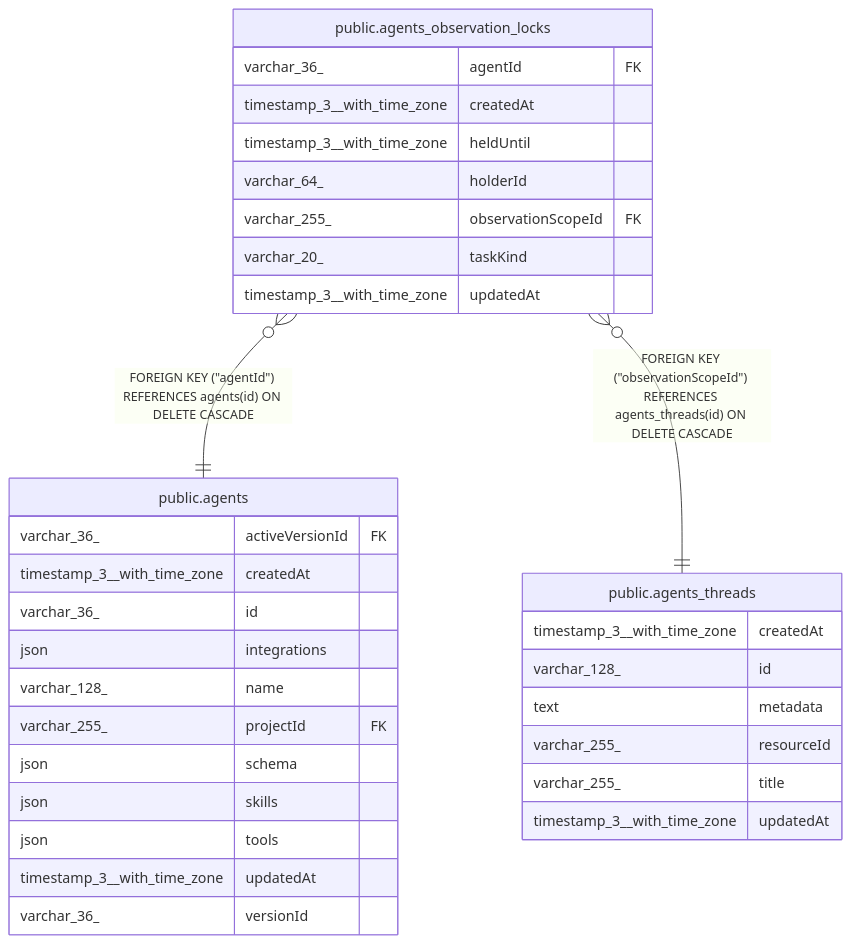
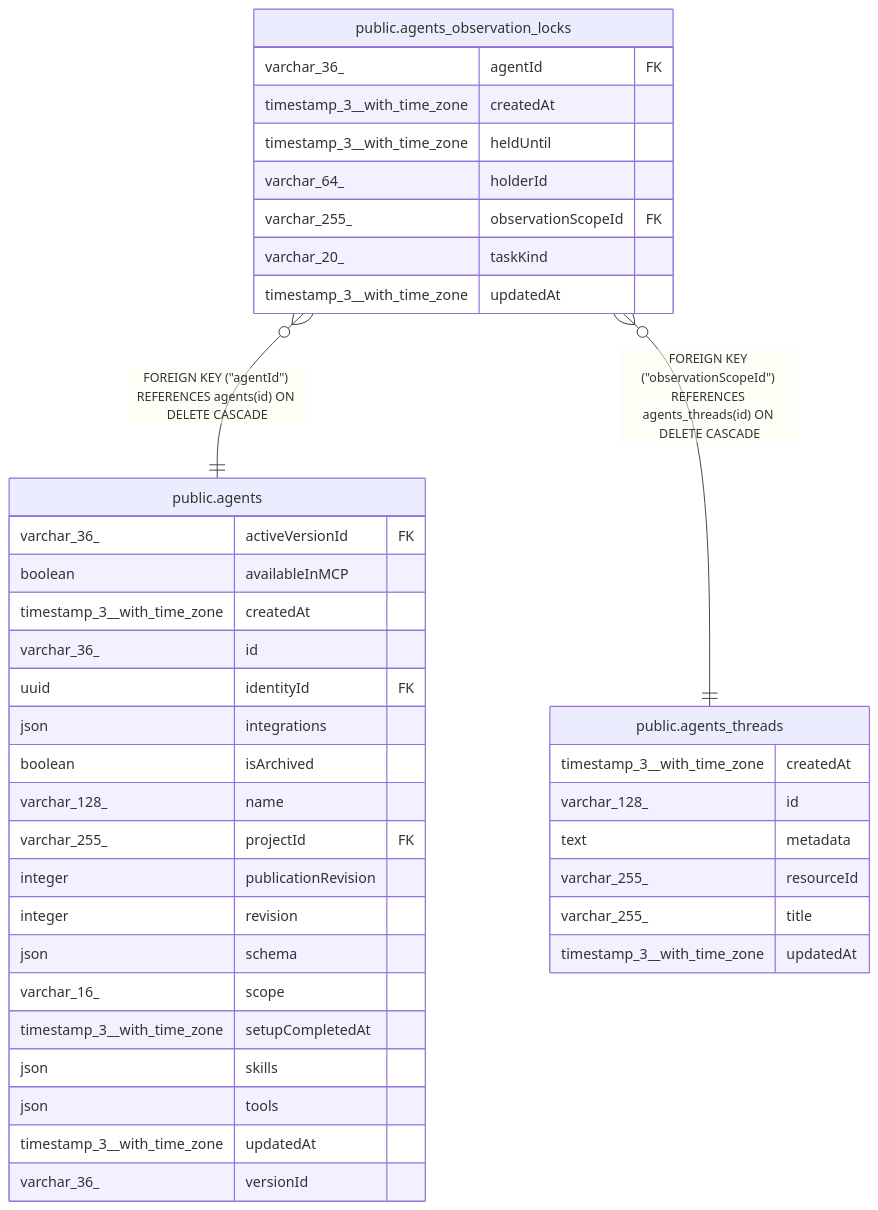
Before and after one commit to koreatest12/studys: the diagram in n8n_integration/n8n_source/docs/generated/postgres-schema/public.agents_observation_locks.md, drawn with Mermaid. The commit also changed 23019 other files, not shown here.

````diff
--- a/n8n_integration/n8n_source/docs/generated/postgres-schema/public.agents_observation_locks.md
+++ b/n8n_integration/n8n_source/docs/generated/postgres-schema/public.agents_observation_locks.md
@@ -40,37 +40,44 @@
 ```mermaid
 erDiagram
 
 "public.agents_observation_locks" }o--|| "public.agents" : "FOREIGN KEY (#quot;agentId#quot;) REFERENCES agents(id) ON DELETE CASCADE"
 "public.agents_observation_locks" }o--|| "public.agents_threads" : "FOREIGN KEY (#quot;observationScopeId#quot;) REFERENCES agents_threads(id) ON DELETE CASCADE"
 
 "public.agents_observation_locks" {
   varchar_36_ agentId FK
   timestamp_3__with_time_zone createdAt
   timestamp_3__with_time_zone heldUntil
   varchar_64_ holderId
   varchar_255_ observationScopeId FK
   varchar_20_ taskKind
   timestamp_3__with_time_zone updatedAt
 }
 "public.agents" {
   varchar_36_ activeVersionId FK
+  boolean availableInMCP
   timestamp_3__with_time_zone createdAt
   varchar_36_ id
+  uuid identityId FK
   json integrations
+  boolean isArchived
   varchar_128_ name
   varchar_255_ projectId FK
+  integer publicationRevision
+  integer revision
   json schema
+  varchar_16_ scope
+  timestamp_3__with_time_zone setupCompletedAt
   json skills
   json tools
   timestamp_3__with_time_zone updatedAt
   varchar_36_ versionId
 }
 "public.agents_threads" {
   timestamp_3__with_time_zone createdAt
   varchar_128_ id
   text metadata
   varchar_255_ resourceId
   varchar_255_ title
   timestamp_3__with_time_zone updatedAt
 }
 ```
````
